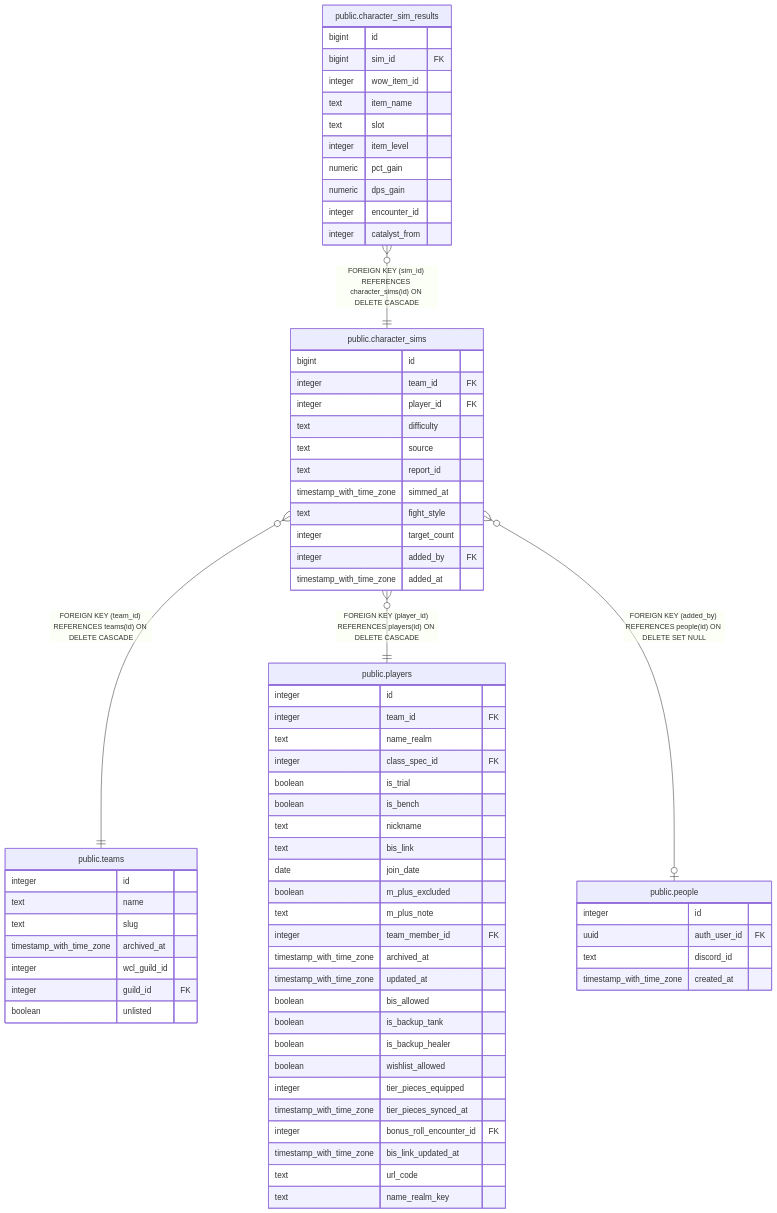
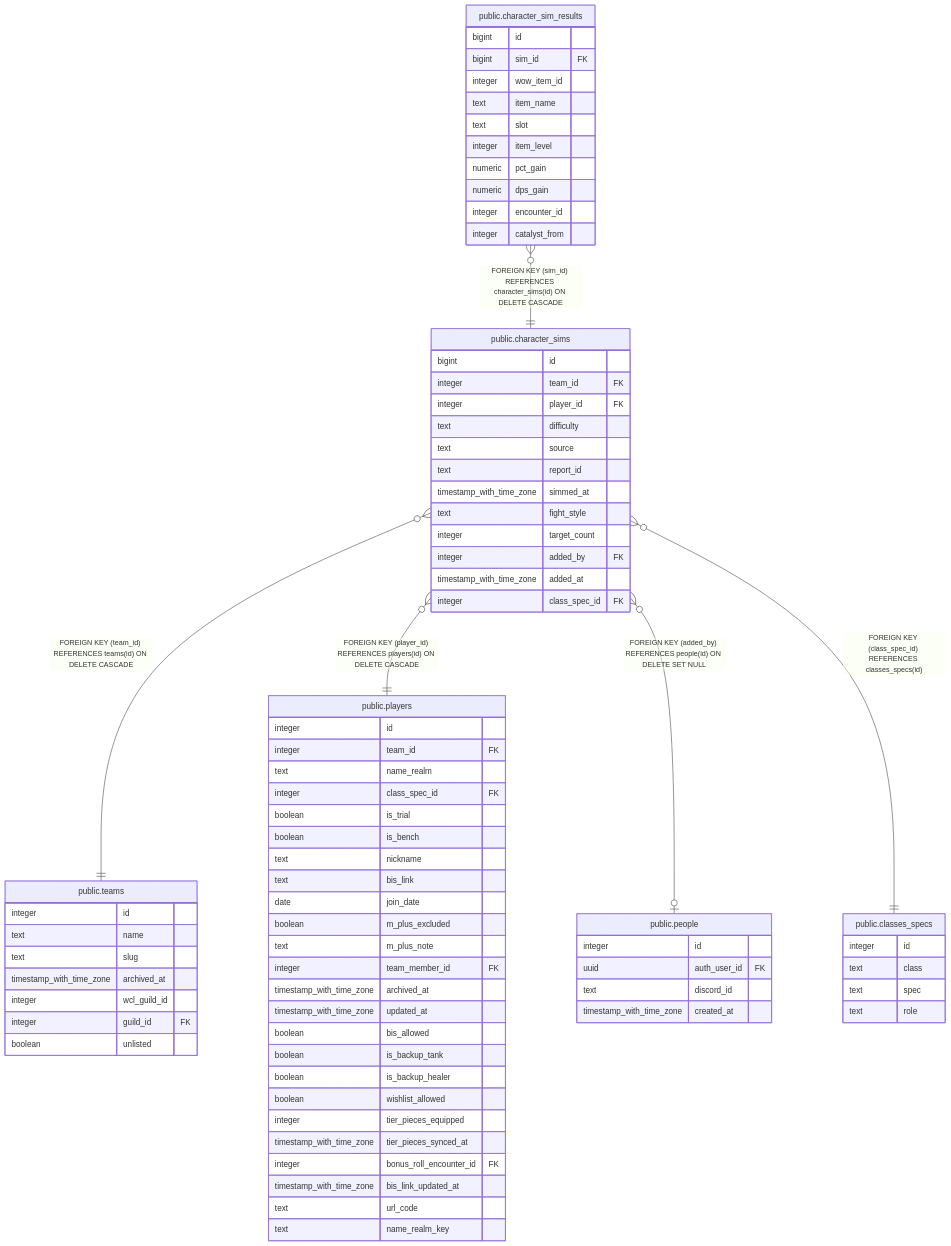
The diagram in dbdoc/public.character_sims.md (katogaming88/WGA-Raid-Hub), drawn with Mermaid before and after one commit. The commit also changed other lines of this file and 39 other files, not shown here.

First line of the commit message:
#1916: one sim per character, difficulty and spec; the roster spec's gain counts

````diff
--- a/dbdoc/public.character_sims.md
+++ b/dbdoc/public.character_sims.md
@@ -52,6 +54,7 @@
 "public.character_sims" }o--|| "public.teams" : "FOREIGN KEY (team_id) REFERENCES teams(id) ON DELETE CASCADE"
 "public.character_sims" }o--|| "public.players" : "FOREIGN KEY (player_id) REFERENCES players(id) ON DELETE CASCADE"
 "public.character_sims" }o--o| "public.people" : "FOREIGN KEY (added_by) REFERENCES people(id) ON DELETE SET NULL"
+"public.character_sims" }o--|| "public.classes_specs" : "FOREIGN KEY (class_spec_id) REFERENCES classes_specs(id)"
 
 "public.character_sims" {
   bigint id
@@ -65,6 +68,7 @@
   integer target_count
   integer added_by FK
   timestamp_with_time_zone added_at
+  integer class_spec_id FK
 }
 "public.character_sim_results" {
   bigint id
@@ -119,4 +123,10 @@
   text discord_id
   timestamp_with_time_zone created_at
 }
+"public.classes_specs" {
+  integer id
+  text class
+  text spec
+  text role
+}
 ```
````
